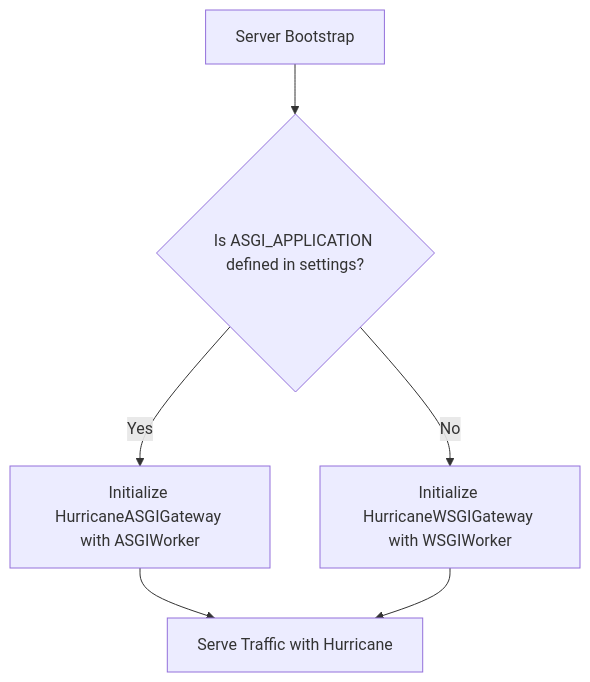
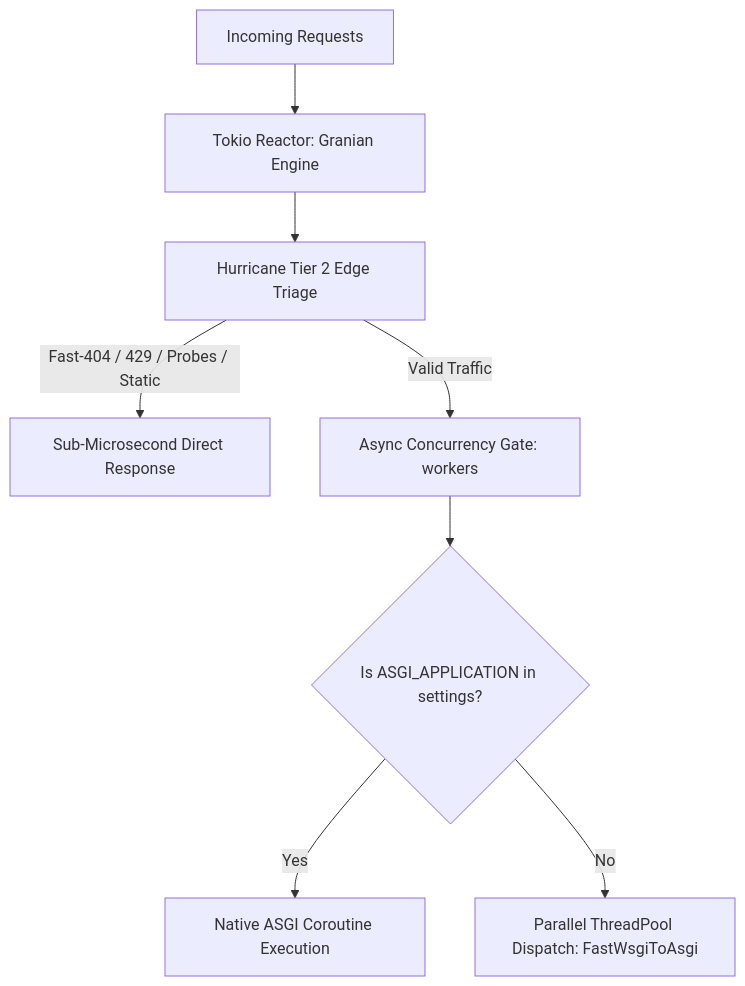
The second of 2 diagrams in docs/content/3.concepts/2.rust-engine.md (django-hurricane/django-hurricane), drawn with Mermaid before and after one commit. The commit also changed other lines of this file and 27 other files, not shown here.

First line of the commit message:
feat: impl. asgi edge router layer, website content (#171)

````diff
--- a/docs/content/3.concepts/2.rust-engine.md
+++ b/docs/content/3.concepts/2.rust-engine.md
@@ -56,8 +56,10 @@
 ```mermaid
 graph TD
-    Start[Server Bootstrap] --> Check{Is ASGI_APPLICATION defined in settings?}
-    Check -- Yes --> InitASGI[Initialize HurricaneASGIGateway with ASGIWorker]
-    Check -- No --> InitWSGI[Initialize HurricaneWSGIGateway with WSGIWorker]
-    InitASGI --> Serve[Serve Traffic with Hurricane]
-    InitWSGI --> Serve
+    Client[Incoming Requests] --> RustCore[Tokio Reactor: Granian Engine]
+    RustCore --> Tier2[Hurricane Tier 2 Edge Triage]
+    Tier2 -->|Fast-404 / 429 / Probes / Static| InstantExit[Sub-Microsecond Direct Response]
+    Tier2 -->|Valid Traffic| ConcurrencyGate[Async Concurrency Gate: workers]
+    ConcurrencyGate --> Check{Is ASGI_APPLICATION in settings?}
+    Check -- Yes --> NativeASGI[Native ASGI Coroutine Execution]
+    Check -- No --> FastWSGI[Parallel ThreadPool Dispatch: FastWsgiToAsgi]
 ```
````
